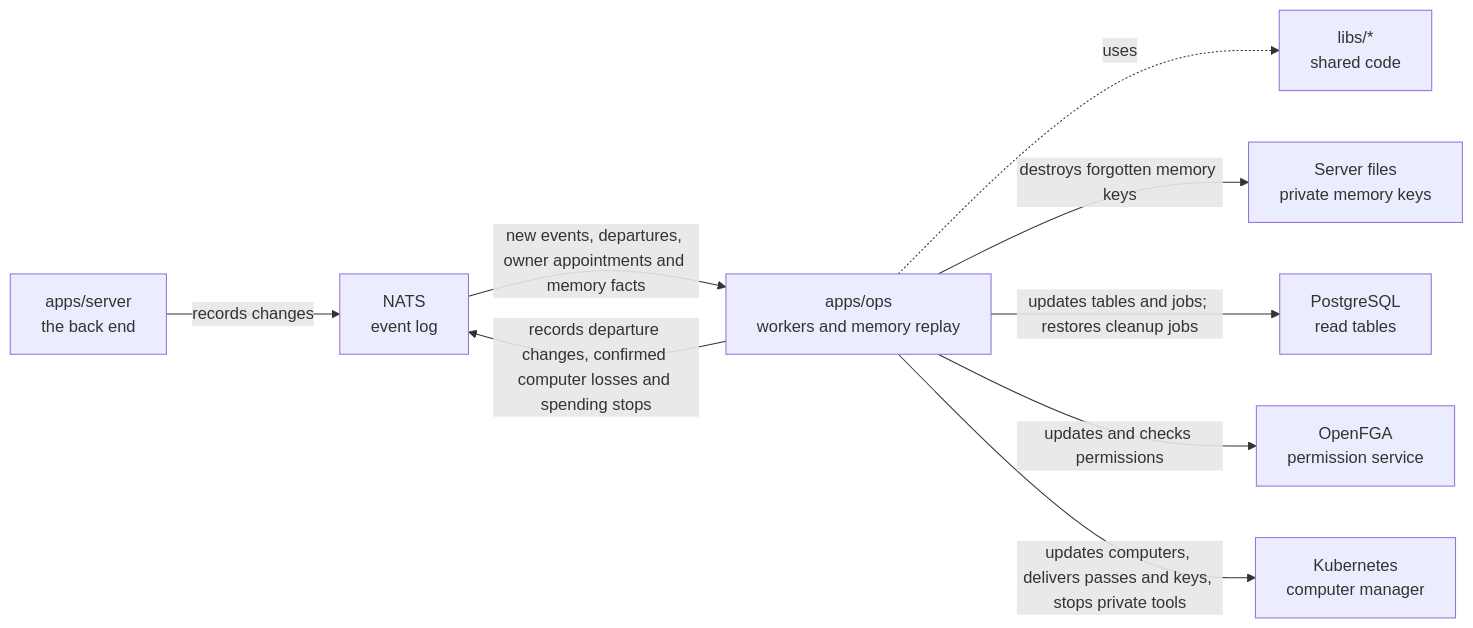
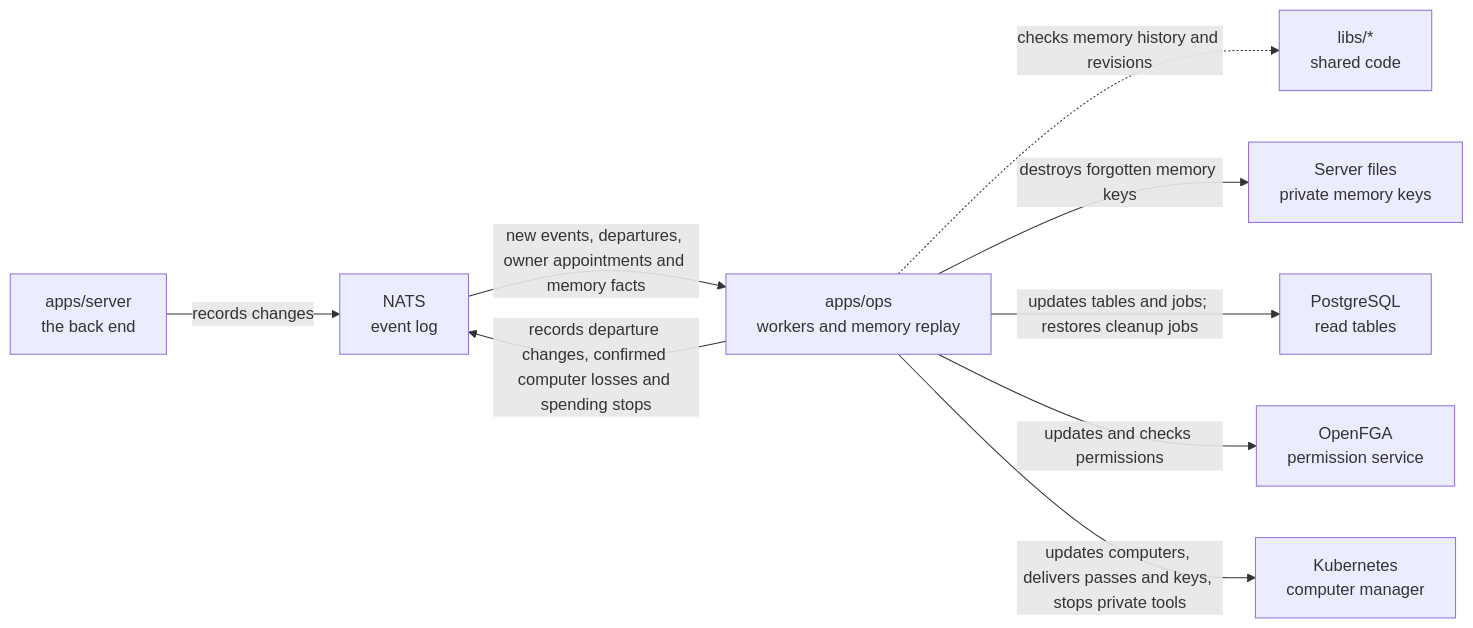
The diagram in apps/ops/README.md (elewa-git/opencrane-new), drawn with Mermaid before and after one commit. The commit also changed other lines of this file and 9 other files, not shown here.

````diff
--- a/apps/ops/README.md
+++ b/apps/ops/README.md
@@ -11,11 +11,11 @@
 ```mermaid
 flowchart LR
   server["apps/server<br/>the back end"] -->|records changes| nats["NATS<br/>event log"]
   nats -->|new events, departures, owner appointments and memory facts| ops["apps/ops<br/>workers and memory replay"]
   ops -->|records departure changes, confirmed computer losses and spending stops| nats
-  ops -.->|uses| libs["libs/*<br/>shared code"]
+  ops -.->|checks memory history and revisions| libs["libs/*<br/>shared code"]
   ops -->|destroys forgotten memory keys| keys["Server files<br/>private memory keys"]
   ops -->|updates tables and jobs; restores cleanup jobs| postgres["PostgreSQL<br/>read tables"]
   ops -->|updates and checks permissions| fga["OpenFGA<br/>permission service"]
   ops -->|updates computers, delivers passes and keys, stops private tools| kube["Kubernetes<br/>computer manager"]
 ```
````
